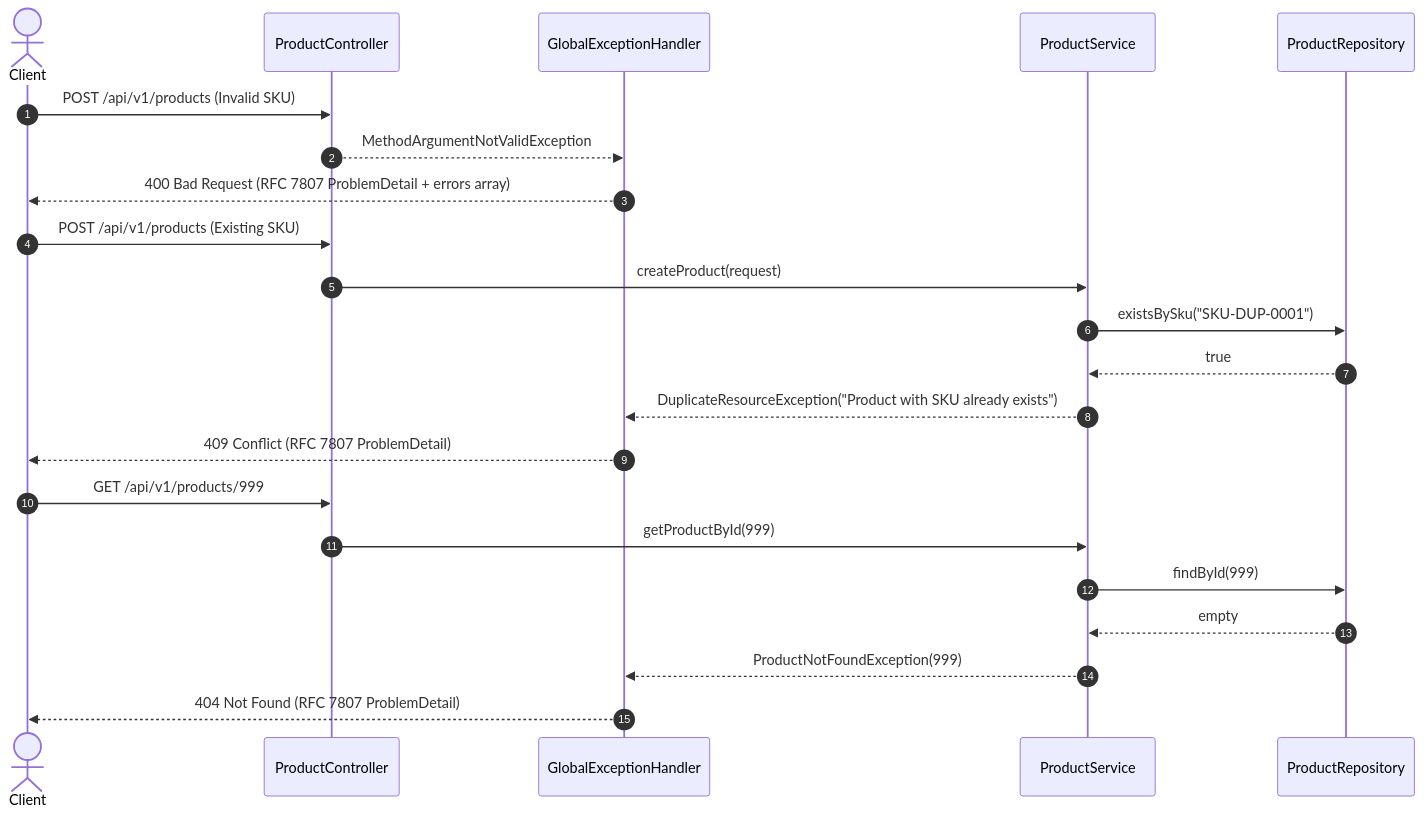
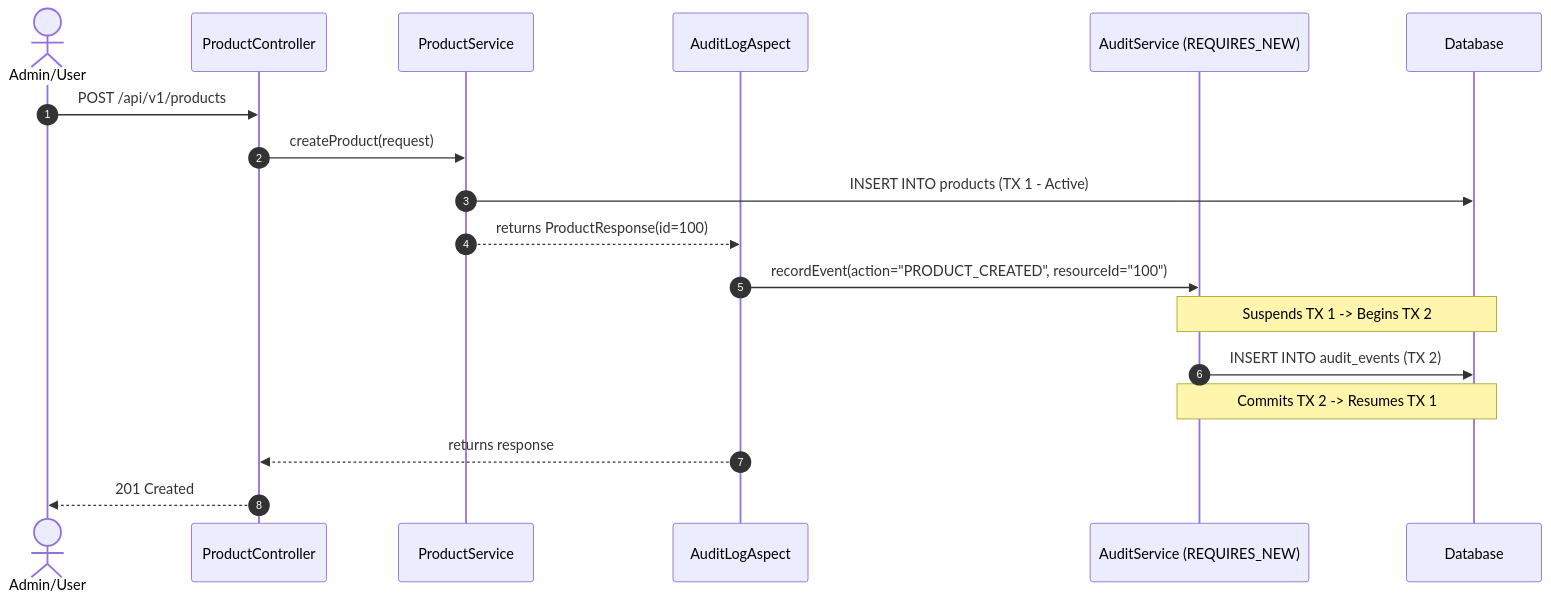
The second of 2 diagrams in LESSON.md (Helmy2/spring-boot-kotlin-course), drawn with Mermaid before and after one commit. The commit also changed other lines of this file and 20 other files, not shown here.

````diff
--- a/LESSON.md
+++ b/LESSON.md
@@ -123,27 +67,21 @@
 ```mermaid
 sequenceDiagram
     autonumber
-    actor Client
+    actor Admin/User
     participant Controller as ProductController
-    participant Adv as GlobalExceptionHandler
-    participant Svc as ProductService
-    participant Repo as ProductRepository
+    participant Service as ProductService
+    participant Aspect as AuditLogAspect
+    participant AuditSvc as AuditService (REQUIRES_NEW)
+    participant DB as Database
 
-    Client->>Controller: POST /api/v1/products (Invalid SKU)
-    Controller-->>Adv: MethodArgumentNotValidException
-    Adv-->>Client: 400 Bad Request (RFC 7807 ProblemDetail + errors array)
-
-    Client->>Controller: POST /api/v1/products (Existing SKU)
-    Controller->>Svc: createProduct(request)
-    Svc->>Repo: existsBySku("SKU-DUP-0001")
-    Repo-->>Svc: true
-    Svc-->>Adv: DuplicateResourceException("Product with SKU already exists")
-    Adv-->>Client: 409 Conflict (RFC 7807 ProblemDetail)
-
-    Client->>Controller: GET /api/v1/products/999
-    Controller->>Svc: getProductById(999)
-    Svc->>Repo: findById(999)
-    Repo-->>Svc: empty
-    Svc-->>Adv: ProductNotFoundException(999)
-    Adv-->>Client: 404 Not Found (RFC 7807 ProblemDetail)
+    Admin/User->>Controller: POST /api/v1/products
+    Controller->>Service: createProduct(request)
+    Service->>DB: INSERT INTO products (TX 1 - Active)
+    Service-->>Aspect: returns ProductResponse(id=100)
+    Aspect->>AuditSvc: recordEvent(action="PRODUCT_CREATED", resourceId="100")
+    Note over AuditSvc,DB: Suspends TX 1 -> Begins TX 2
+    AuditSvc->>DB: INSERT INTO audit_events (TX 2)
+    Note over AuditSvc,DB: Commits TX 2 -> Resumes TX 1
+    Aspect-->>Controller: returns response
+    Controller-->>Admin/User: 201 Created
 ```
````
